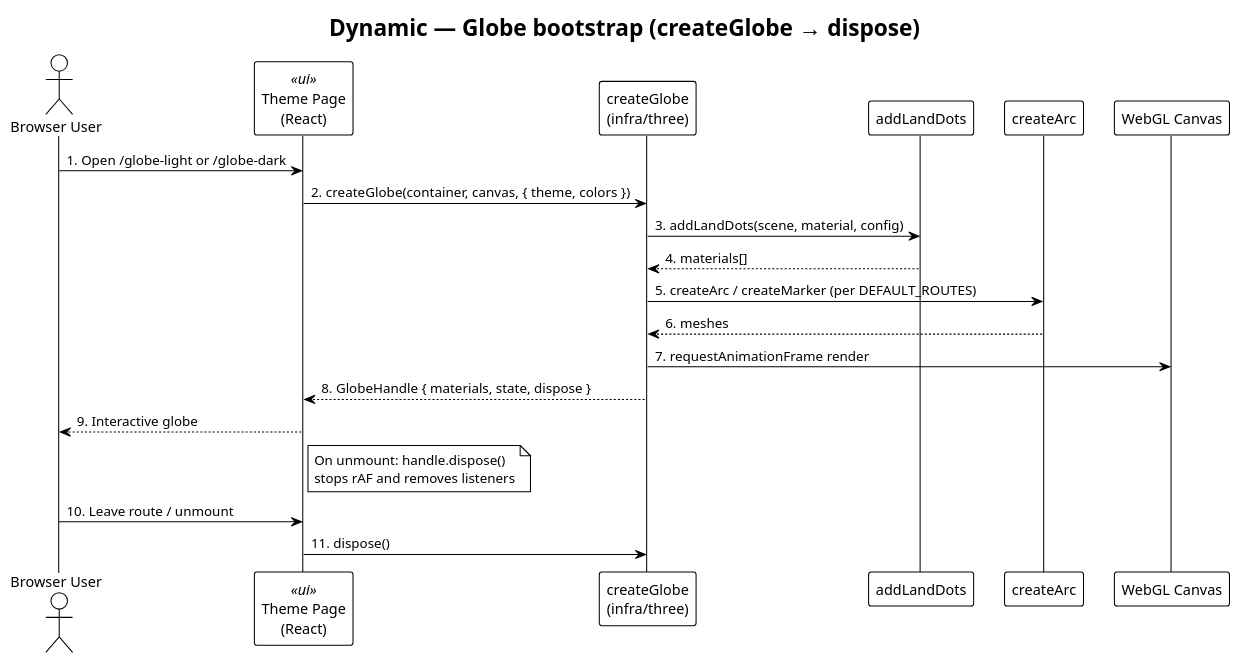
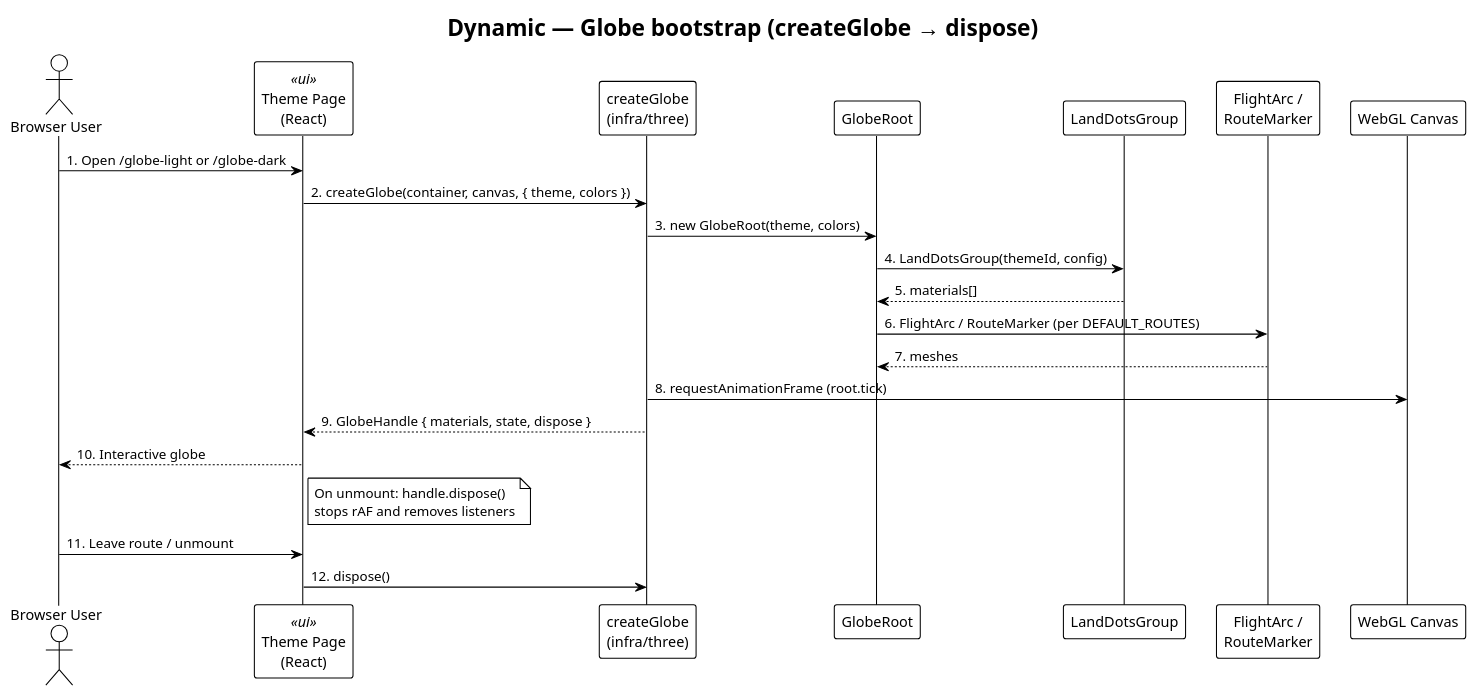
The diagram in docs/developer/c4-model/C4-Dynamic-Globe-Bootstrap.puml (felixzhu97/explore-three), drawn with PlantUML before and after one commit. The commit also changed 28 other files, not shown here.

```diff
--- a/docs/developer/c4-model/C4-Dynamic-Globe-Bootstrap.puml
+++ b/docs/developer/c4-model/C4-Dynamic-Globe-Bootstrap.puml
@@ -1,33 +1,35 @@
 @startuml C4-Dynamic-Globe-Bootstrap
 !theme plain
 skinparam backgroundColor #FFFFFF
 skinparam shadowing false
 
 title Dynamic — Globe bootstrap (createGlobe → dispose)
 
 actor "Browser User" as user
 participant "Theme Page\n(React)" as page <<ui>>
 participant "createGlobe\n(infra/three)" as globe
-participant "addLandDots" as land
-participant "createArc" as arc
+participant "GlobeRoot" as root
+participant "LandDotsGroup" as land
+participant "FlightArc /\nRouteMarker" as arc
 participant "WebGL Canvas" as canvas
 
 user -> page: 1. Open /globe-light or /globe-dark
 page -> globe: 2. createGlobe(container, canvas, { theme, colors })
-globe -> land: 3. addLandDots(scene, material, config)
-land --> globe: 4. materials[]
-globe -> arc: 5. createArc / createMarker (per DEFAULT_ROUTES)
-arc --> globe: 6. meshes
-globe -> canvas: 7. requestAnimationFrame render
-globe --> page: 8. GlobeHandle { materials, state, dispose }
-page --> user: 9. Interactive globe
+globe -> root: 3. new GlobeRoot(theme, colors)
+root -> land: 4. LandDotsGroup(themeId, config)
+land --> root: 5. materials[]
+root -> arc: 6. FlightArc / RouteMarker (per DEFAULT_ROUTES)
+arc --> root: 7. meshes
+globe -> canvas: 8. requestAnimationFrame (root.tick)
+globe --> page: 9. GlobeHandle { materials, state, dispose }
+page --> user: 10. Interactive globe
 
 note right of page
   On unmount: handle.dispose()
   stops rAF and removes listeners
 end note
 
-user -> page: 10. Leave route / unmount
-page -> globe: 11. dispose()
+user -> page: 11. Leave route / unmount
+page -> globe: 12. dispose()
 
 @enduml
```
